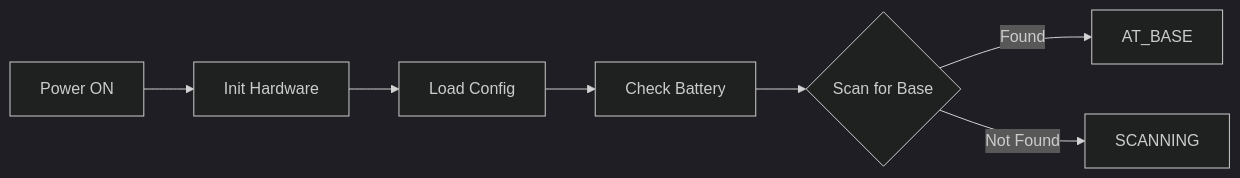
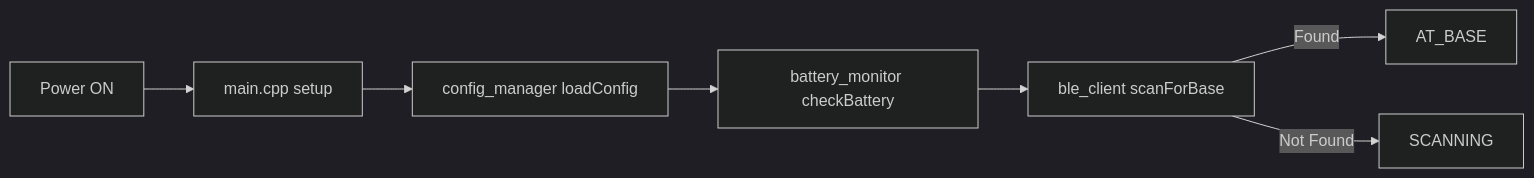
The second of 10 diagrams in firmware/bike/SYSTEM_FLOW.md (Ameciclo/bpr-sistema), drawn with Mermaid (dark theme) before and after one commit. The commit also changed other lines of this file and 49 other files, not shown here.

````diff
--- a/firmware/bike/SYSTEM_FLOW.md
+++ b/firmware/bike/SYSTEM_FLOW.md
@@ -55,9 +68,9 @@
 ```mermaid
 flowchart LR
-    A[Power ON] --> B[Init Hardware]
-    B --> C[Load Config]
-    C --> D[Check Battery]
-    D --> E{Scan for Base}
+    A[Power ON] --> B[main.cpp setup]
+    B --> C[config_manager loadConfig]
+    C --> D[battery_monitor checkBattery]
+    D --> E[ble_client scanForBase]
     E -->|Found| F[AT_BASE]
     E -->|Not Found| G[SCANNING]
 ```
````
